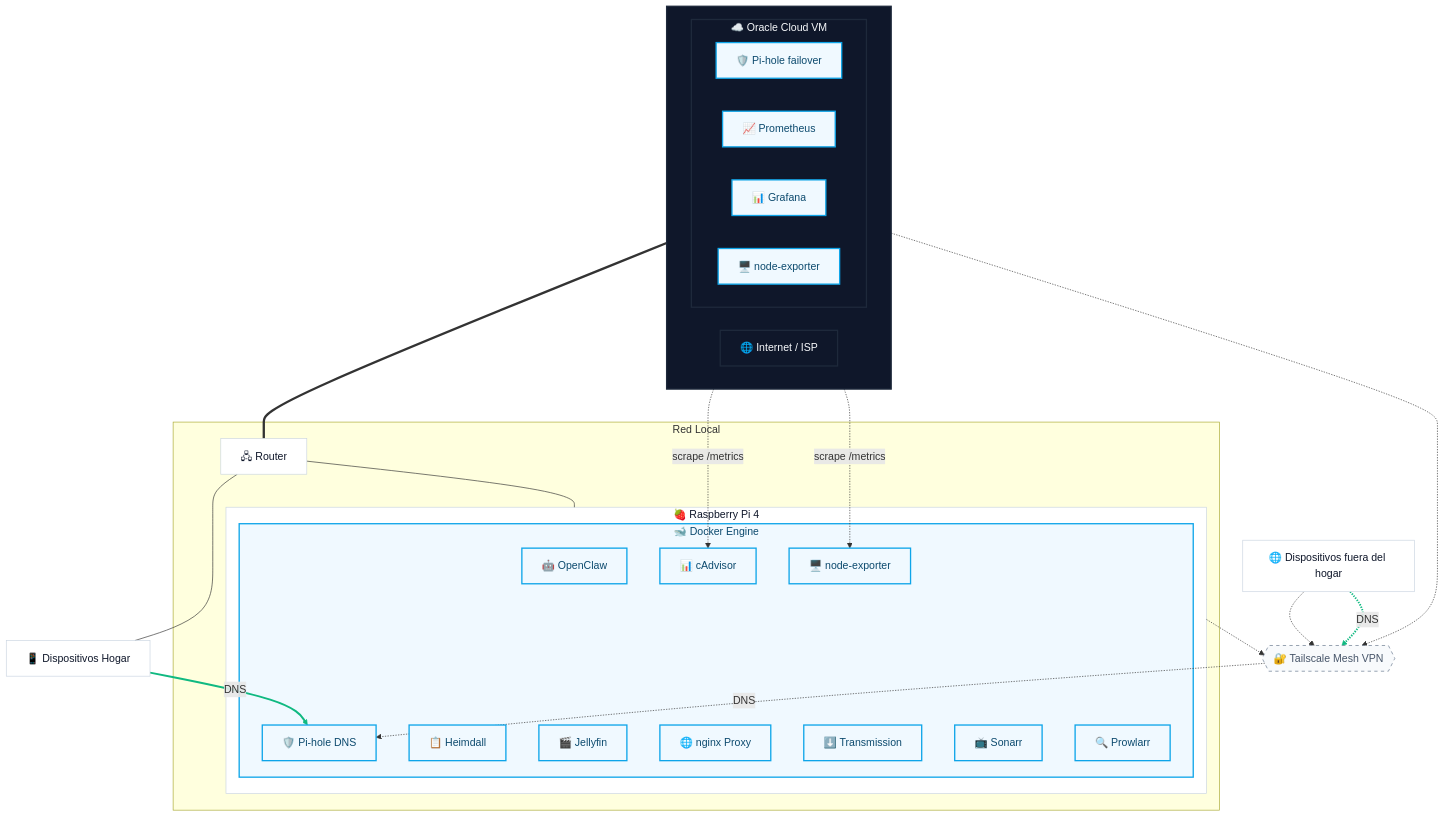
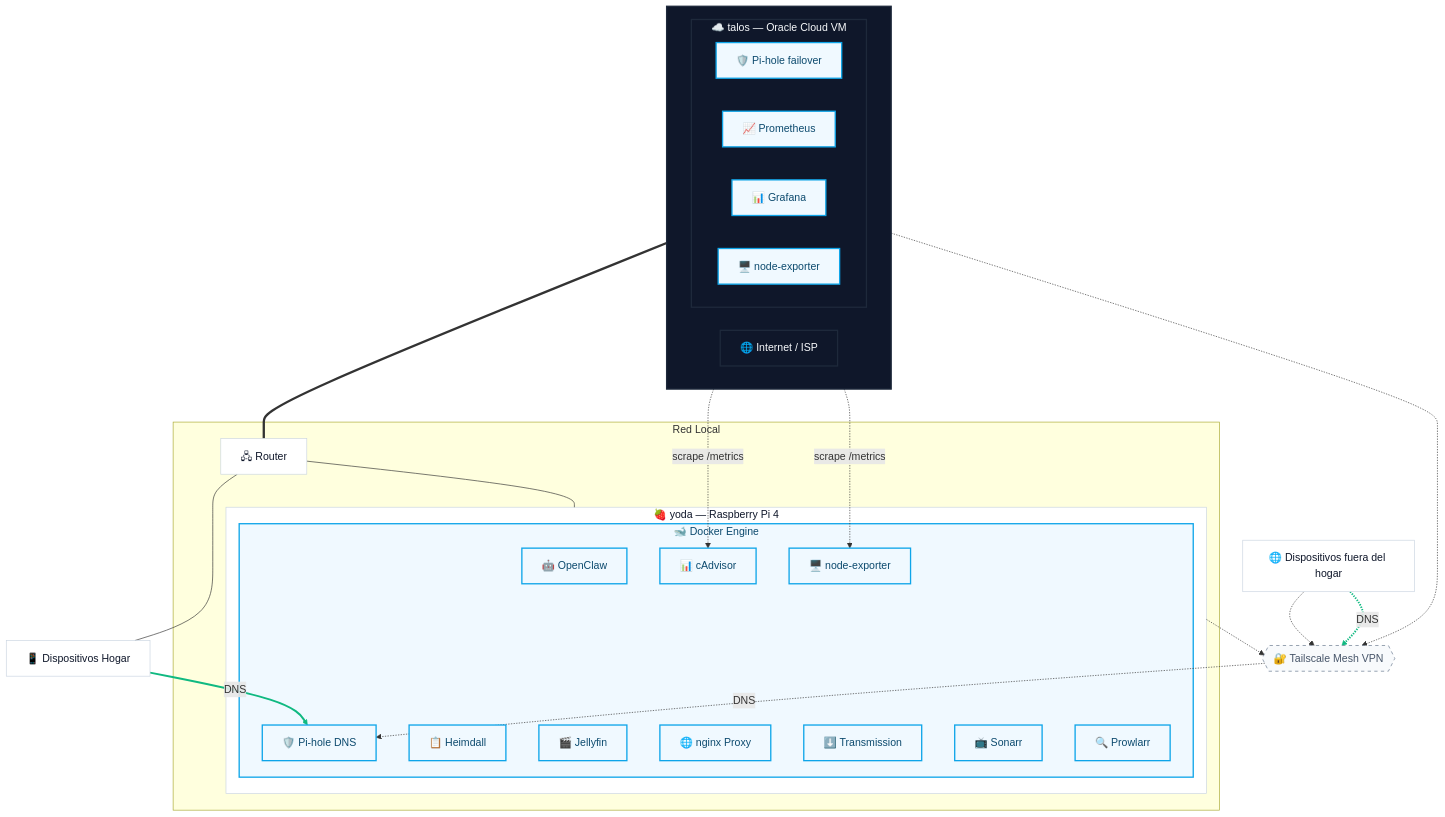
Before and after one commit to dcerbero/homelab: the diagram in docs/ARCHITECTURE.md, drawn with Mermaid. The commit also changed other lines of this file and 31 other files, not shown here.

First line of the commit message:
refactor: rename machines (yoda/talos/anton) and slim down docs

````diff
--- a/docs/ARCHITECTURE.md
+++ b/docs/ARCHITECTURE.md
@@ -5,64 +5,64 @@
 ```mermaid
 graph TD
     classDef wan fill:#0f172a,stroke:#1e293b,stroke-width:2px,color:#f8fafc;
     classDef node fill:#ffffff,stroke:#cbd5e1,stroke-width:1px,color:#0f172a;
     classDef vpn fill:#f8fafc,stroke:#64748b,stroke-width:1px,stroke-dasharray: 5 5,color:#475569;
     classDef highlight fill:#f0f9ff,stroke:#0ea5e9,stroke-width:2px,color:#0c4a6e;
 
     subgraph WAN [ ]
         direction LR
         ISP[🌐 Internet / ISP]
         
-        subgraph OCI_VM [☁️ Oracle Cloud VM]
+        subgraph OCI_VM [☁️ talos — Oracle Cloud VM]
             OciPiHole[🛡️ Pi-hole failover]
             Prometheus[📈 Prometheus]
             Grafana[📊 Grafana]
             OciNodeExp[🖥️ node-exporter]
         end
     end
 
     Tailscale{{"🔐 Tailscale Mesh VPN"}}
 
     subgraph LAN [Red Local]
         Router[🖧 Router]
-        subgraph Pi [🍓 Raspberry Pi 4]
+        subgraph Pi [🍓 yoda — Raspberry Pi 4]
             subgraph Docker [🐋 Docker Engine]
                 OpenClaw[🤖 OpenClaw]
                 PiHole[🛡️ Pi-hole DNS]
                 cAdvisor[📊 cAdvisor]
                 NodeExp[🖥️ node-exporter]
                 Heimdall[📋 Heimdall]
                 Jellyfin[🎬 Jellyfin]
                 Nginx[🌐 nginx Proxy]
                 Transmission[⬇️ Transmission]
                 Sonarr[📺 Sonarr]
                 Prowlarr[🔍 Prowlarr]
             end
         end
     end
 
     LocalDevices[📱 Dispositivos Hogar]
     RemoteNode[🌐 Dispositivos fuera del hogar]
 
     ISP === Router
     Router --- Pi
     Router --- LocalDevices
 
     Pi -.-> Tailscale
     OCI_VM -.-> Tailscale
     RemoteNode -.-> Tailscale
     
     LocalDevices ==>|DNS| PiHole
     RemoteNode -.->|DNS| Tailscale
     Tailscale -.->|DNS| PiHole
 
     Prometheus -.->|scrape /metrics| NodeExp
     Prometheus -.->|scrape /metrics| cAdvisor
 
     class WAN,ISP,OCI_VM wan;
     class Router,Pi,LocalDevices,RemoteNode node;
     class Tailscale vpn;
     class Docker,OpenClaw,PiHole,cAdvisor,OciPiHole,Heimdall,Jellyfin,Nginx,Transmission,Sonarr,Prowlarr,NodeExp,Prometheus,Grafana,OciNodeExp highlight;
 
     linkStyle 6,7 stroke:#10b981,stroke-width:3px;
 ```
````
